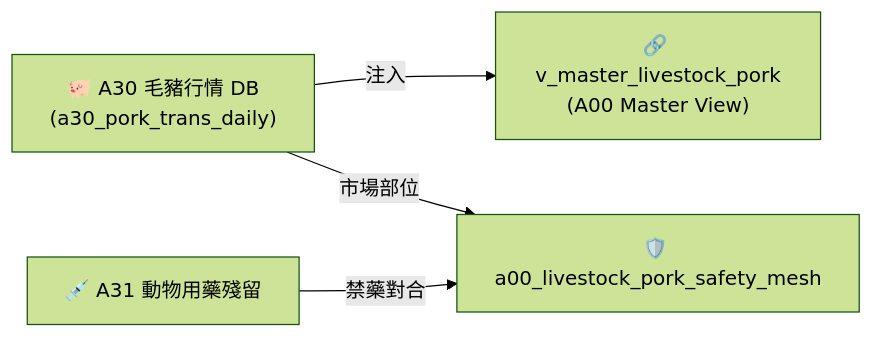
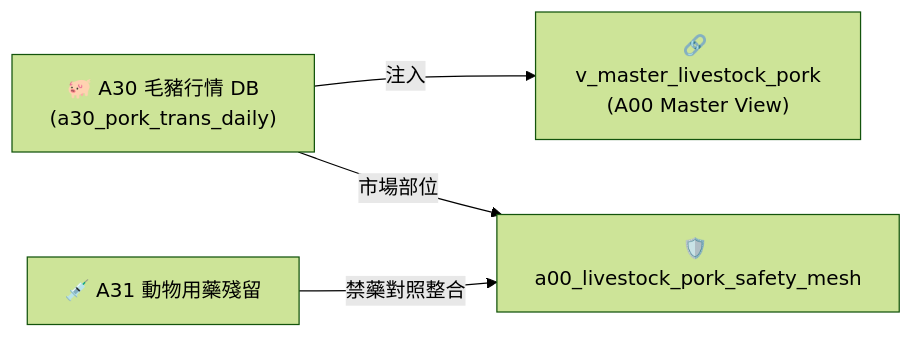
The diagram in book/03_08_a30_livestock_db.md (wuulong/tw-agro-db), drawn with Mermaid (forest theme) before and after one commit. The commit also changed other lines of this file and 34 other files, not shown here.

````diff
--- a/book/03_08_a30_livestock_db.md
+++ b/book/03_08_a30_livestock_db.md
@@ -90,11 +90,11 @@
 ```mermaid
 flowchart LR
     A30["🐖 A30 毛豬行情 DB<br/>(a30_pork_trans_daily)"]
     A00_VIEW["🔗 v_master_livestock_pork<br/>(A00 Master View)"]
     A31["💉 A31 動物用藥殘留"]
     MESH["🛡️ a00_livestock_pork_safety_mesh"]
 
     A30 -->|注入| A00_VIEW
     A30 -->|市場部位| MESH
-    A31 -->|禁藥對合| MESH
+    A31 -->|禁藥對照整合| MESH
 ```
````
